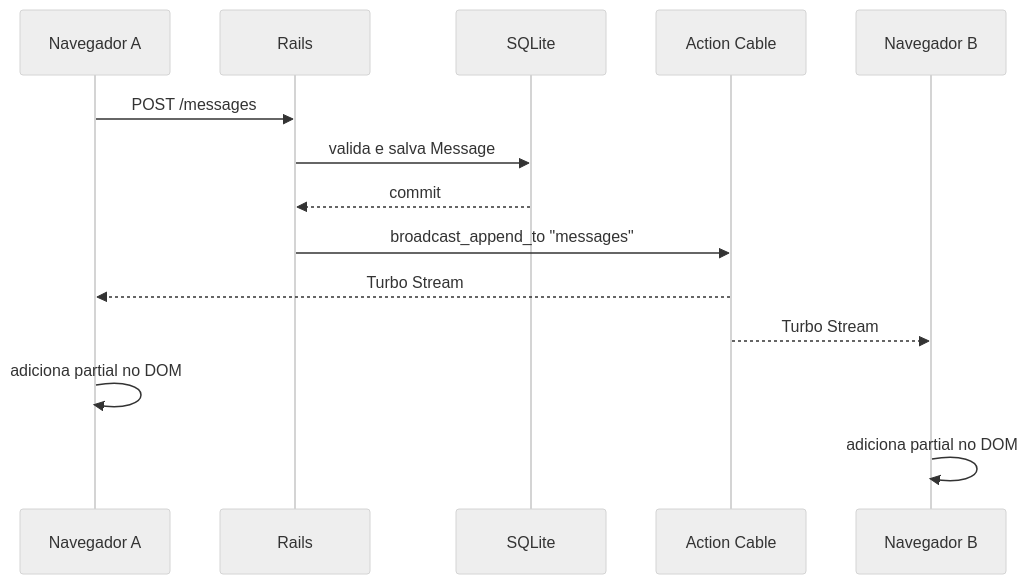
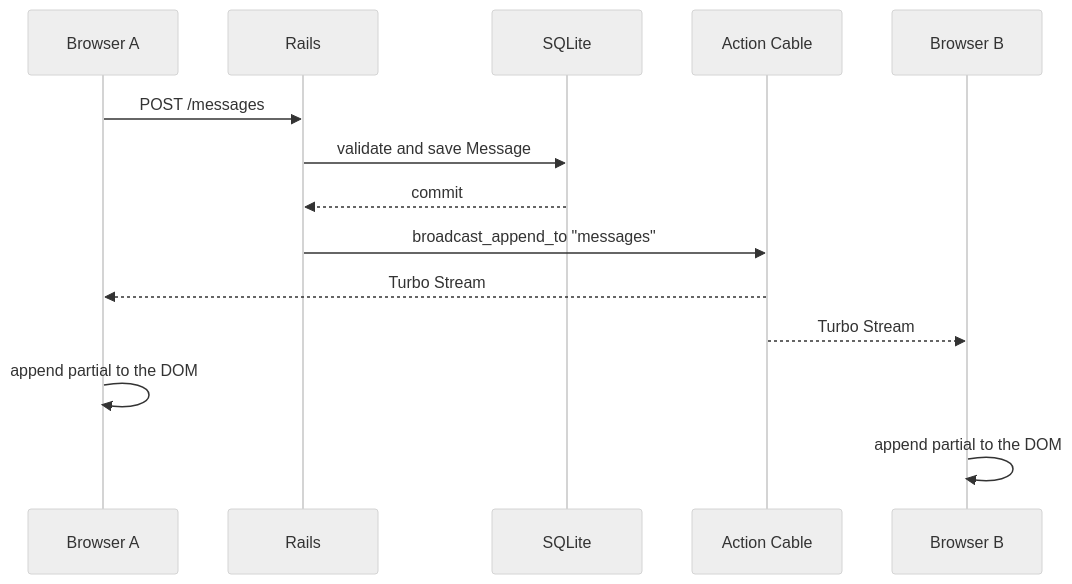
One commit to patybastos/hotwire-realtime-demo changed the diagram in README.md. Above: the diagram before and after it, drawn with Mermaid (neutral theme). The commit also changed other lines of this file, not shown here.

````diff
--- a/README.md
+++ b/README.md
@@ -84,17 +100,17 @@
 ```mermaid
 sequenceDiagram
-		participant BrowserA as Navegador A
-		participant Rails as Rails
-		participant DB as SQLite
-		participant Cable as Action Cable
-		participant BrowserB as Navegador B
+    participant BrowserA as Browser A
+    participant Rails as Rails
+    participant DB as SQLite
+    participant Cable as Action Cable
+    participant BrowserB as Browser B
 
-		BrowserA->>Rails: POST /messages
-		Rails->>DB: valida e salva Message
-		DB-->>Rails: commit
-		Rails->>Cable: broadcast_append_to "messages"
-		Cable-->>BrowserA: Turbo Stream
-		Cable-->>BrowserB: Turbo Stream
-		BrowserA->>BrowserA: adiciona partial no DOM
-		BrowserB->>BrowserB: adiciona partial no DOM
+    BrowserA->>Rails: POST /messages
+    Rails->>DB: validate and save Message
+    DB-->>Rails: commit
+    Rails->>Cable: broadcast_append_to "messages"
+    Cable-->>BrowserA: Turbo Stream
+    Cable-->>BrowserB: Turbo Stream
+    BrowserA->>BrowserA: append partial to the DOM
+    BrowserB->>BrowserB: append partial to the DOM
 ```
````
